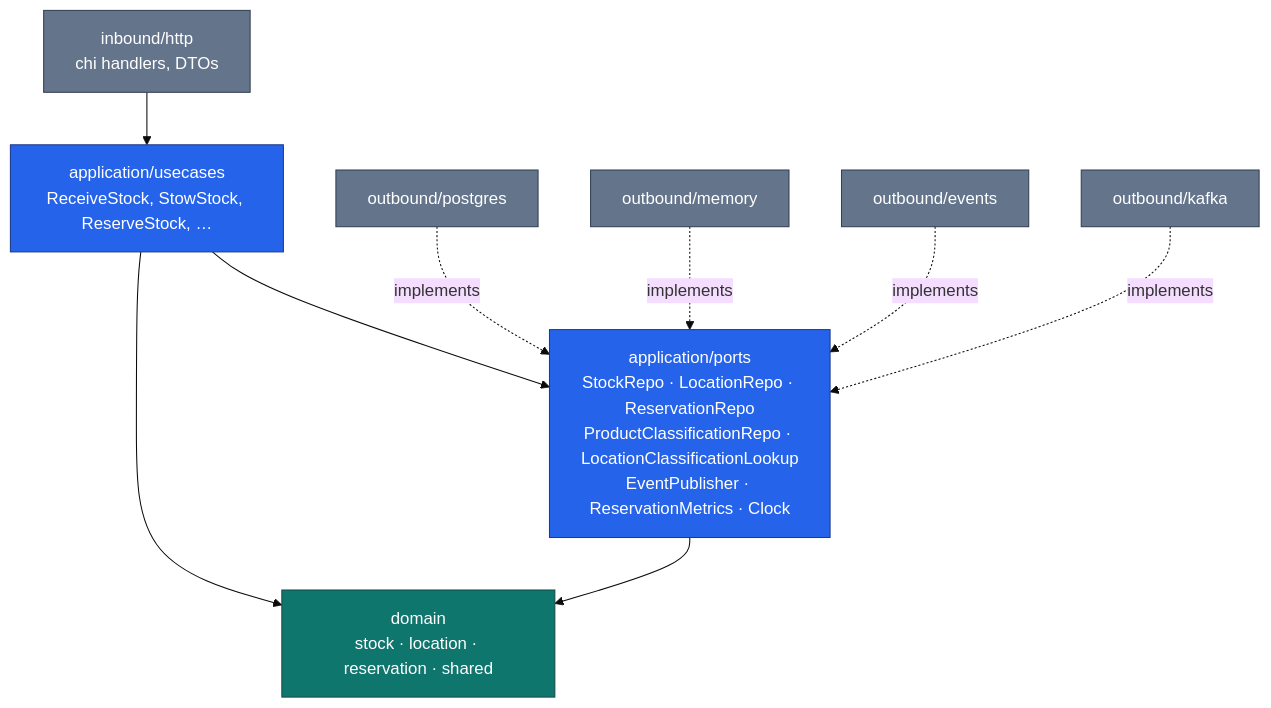
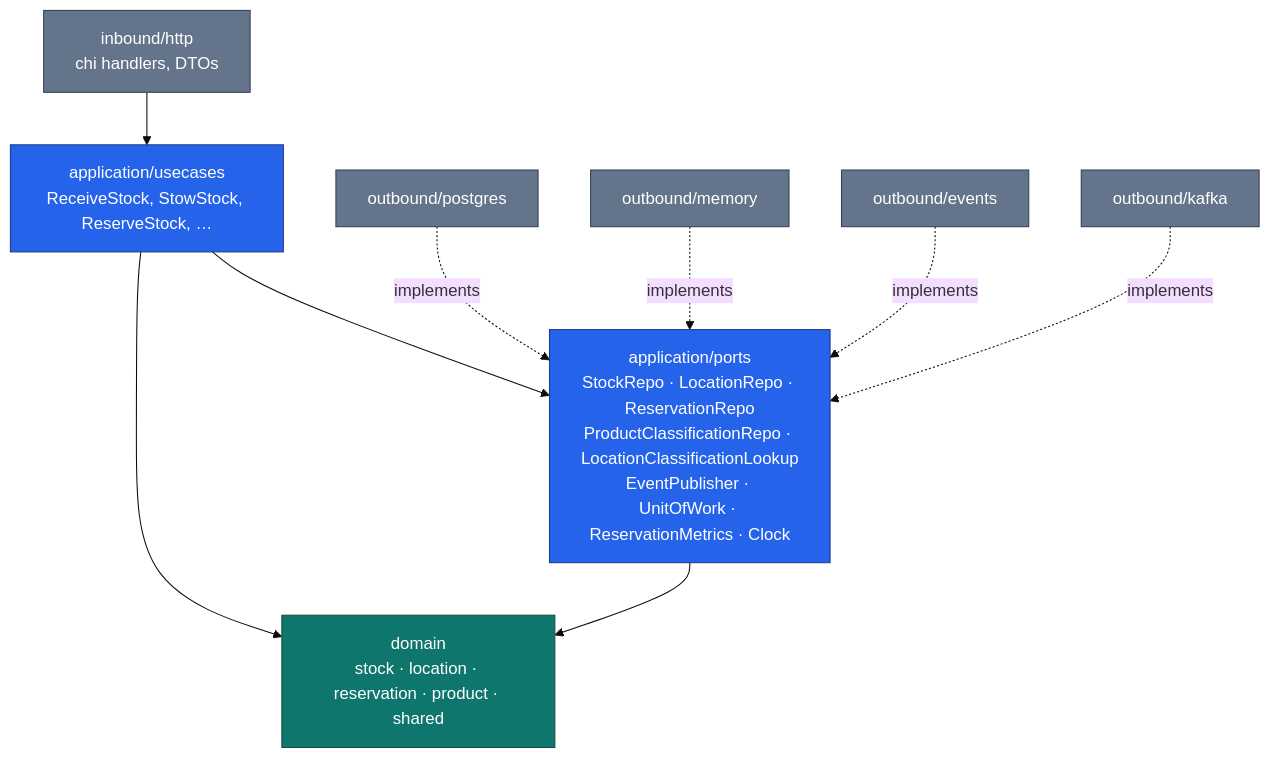
Before and after one commit to IQVO/inventory-storage: the diagram in docs/docs/overview/architecture.md, drawn with Mermaid (base theme). The commit also changed other lines of this file and 28 other files, not shown here.

````diff
--- a/docs/docs/overview/architecture.md
+++ b/docs/docs/overview/architecture.md
@@ -58,27 +58,27 @@
 ```mermaid
 flowchart TB
   HTTP["inbound/http<br/>chi handlers, DTOs"]
   UC["application/usecases<br/>ReceiveStock, StowStock, ReserveStock, …"]
-  P["application/ports<br/>StockRepo · LocationRepo · ReservationRepo<br/>ProductClassificationRepo · LocationClassificationLookup<br/>EventPublisher · ReservationMetrics · Clock"]
-  D["domain<br/>stock · location · reservation · shared"]
+  P["application/ports<br/>StockRepo · LocationRepo · ReservationRepo<br/>ProductClassificationRepo · LocationClassificationLookup<br/>EventPublisher · UnitOfWork · ReservationMetrics · Clock"]
+  D["domain<br/>stock · location · reservation · product · shared"]
   PG["outbound/postgres"]
   MEM["outbound/memory"]
   EV["outbound/events"]
   KAF["outbound/kafka"]
 
   HTTP --> UC
   UC --> P
   UC --> D
   P --> D
   PG -.implements.-> P
   MEM -.implements.-> P
   EV -.implements.-> P
   KAF -.implements.-> P
 
   classDef dom fill:#0f766e,stroke:#134e4a,color:#fff;
   classDef app fill:#2563eb,stroke:#1e3a8a,color:#fff;
   classDef adp fill:#64748b,stroke:#334155,color:#fff;
   class D dom;
   class UC,P app;
   class HTTP,PG,MEM,EV,KAF adp;
 ```
````
